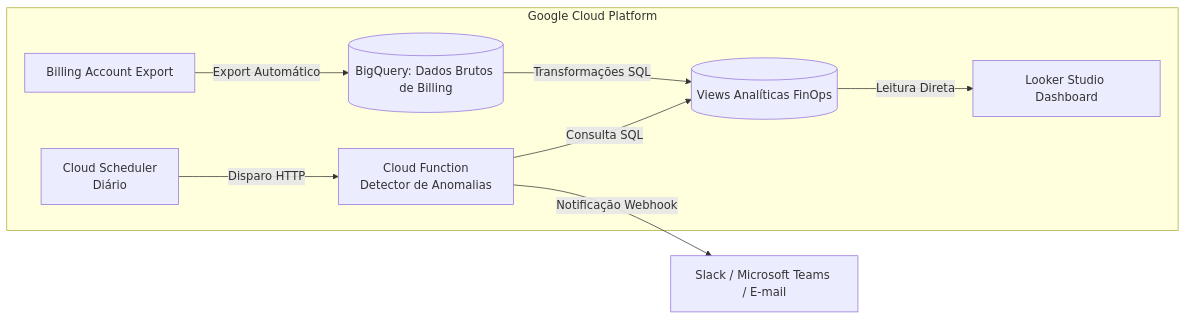
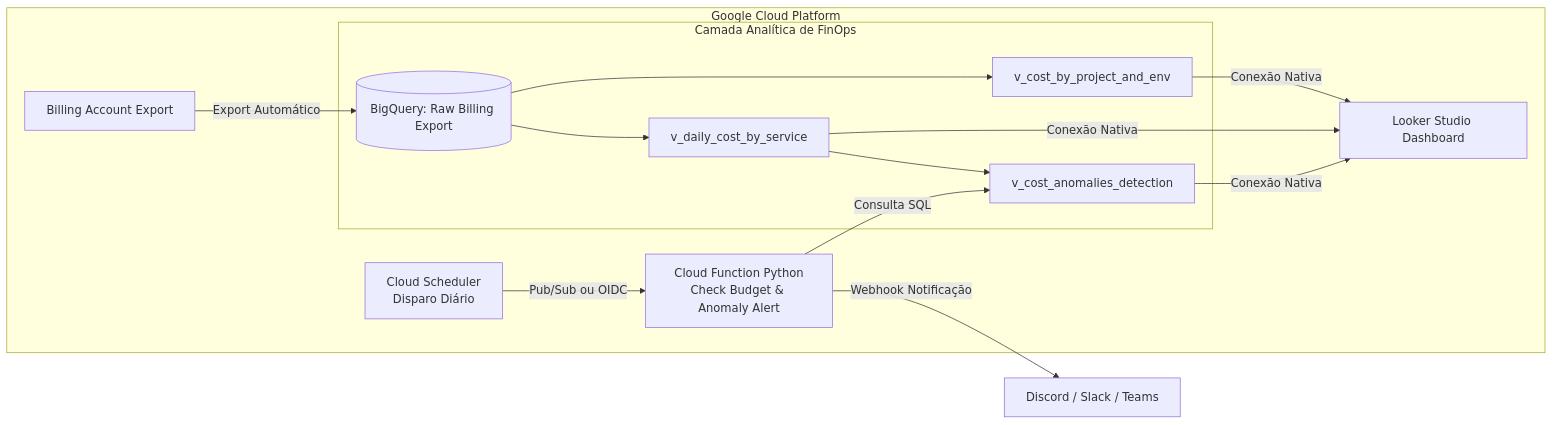
One commit to RafaeldsSiqueira/gcp-finops-dashboard changed the diagram in README.md. Above: the diagram before and after it, drawn with Mermaid. The commit also changed other lines of this file and 3 other files, not shown here.

Commit message:
docs(readme): finalize project documentation, architecture guide and reproduction steps

````diff
--- a/README.md
+++ b/README.md
@@ -26,14 +45,19 @@
 ```mermaid
 flowchart LR
     subgraph GCP["Google Cloud Platform"]
-        Billing[Billing Account Export] -->|Export Automático| BQ_Raw[(BigQuery: Dados Brutos de Billing)]
-        BQ_Raw -->|Transformações SQL| BQ_Views[(Views Analíticas FinOps)]
+        Billing[Billing Account Export] -->|Export Automático| BQ_Raw[(BigQuery: Raw Billing Export)]
         
-        BQ_Views -->|Leitura Direta| Looker[Looker Studio Dashboard]
+        subgraph BigQuery_Views["Camada Analítica de FinOps"]
+            BQ_Raw --> V1[v_daily_cost_by_service]
+            BQ_Raw --> V2[v_cost_by_project_and_env]
+            V1 --> V3[v_cost_anomalies_detection]
+        end
         
-        Scheduler[Cloud Scheduler<br/>Diário] -->|Disparo HTTP| Function[Cloud Function<br/>Detector de Anomalias]
-        Function -->|Consulta SQL| BQ_Views
+        V1 & V2 & V3 -->|Conexão Nativa| Looker[Looker Studio Dashboard]
+        
+        Scheduler[Cloud Scheduler<br/>Disparo Diário] -->|Pub/Sub ou OIDC| Function[Cloud Function Python<br/>Check Budget & Anomaly Alert]
+        Function -->|Consulta SQL| V3
     end
 
-    Function -->|Notificação Webhook| Slack[Slack / Microsoft Teams / E-mail]
+    Function -->|Webhook Notificação| Webhook[Discord / Slack / Teams]
 ```
````
